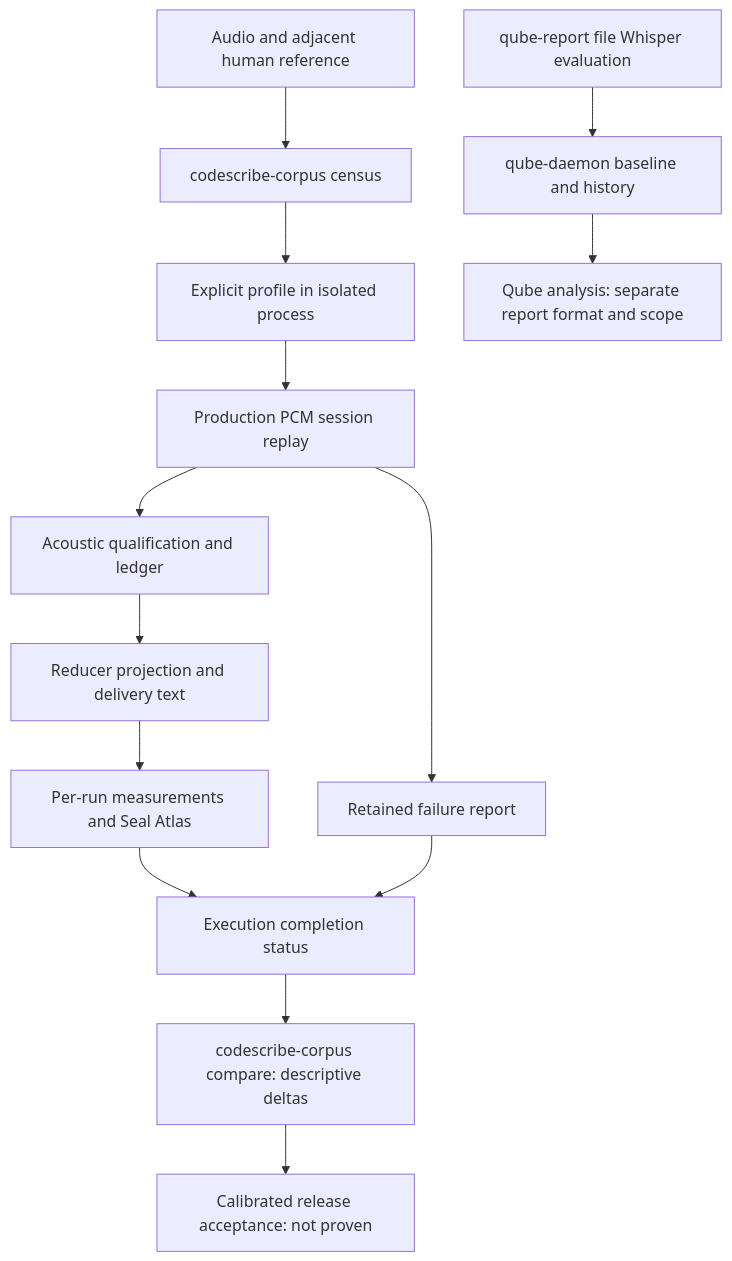
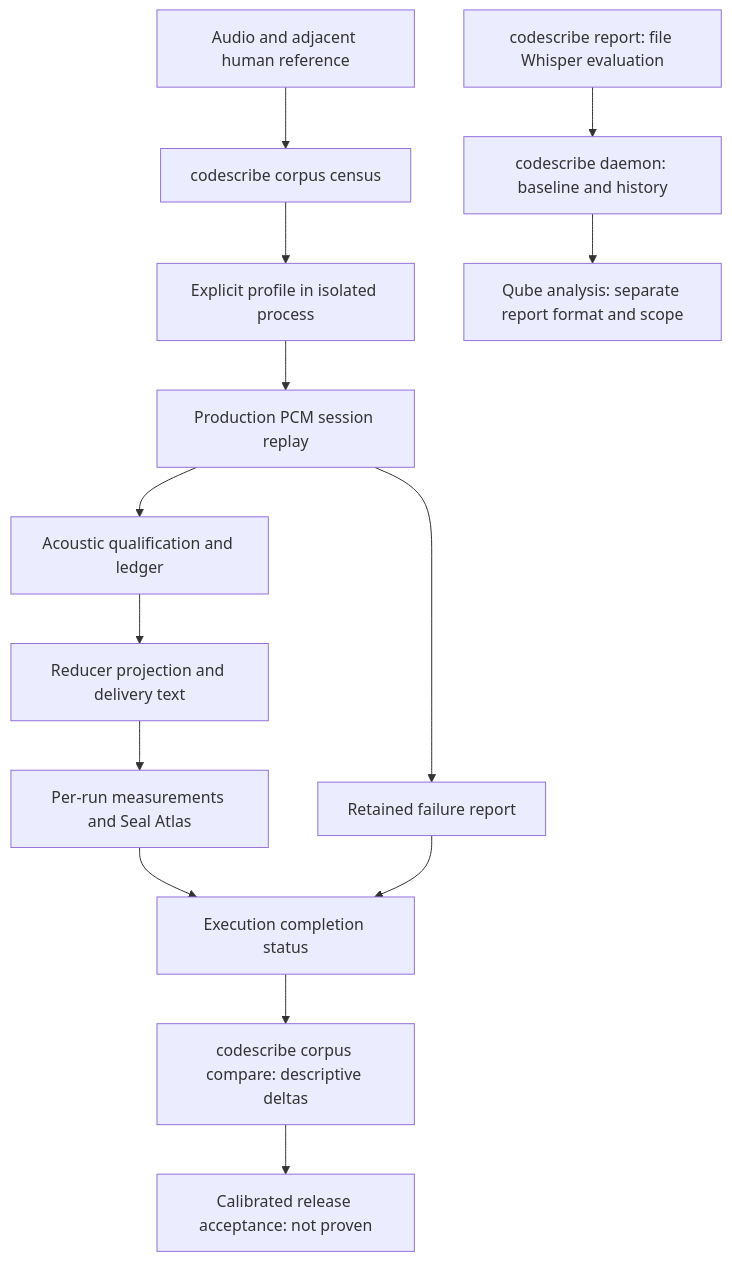
The diagram in docs/quality-reports/REPEATABLE_ACCEPTANCE.md (vetcoders/codescribe), drawn with Mermaid before and after one commit. The commit also changed other lines of this file and 25 other files, not shown here.

````diff
--- a/docs/quality-reports/REPEATABLE_ACCEPTANCE.md
+++ b/docs/quality-reports/REPEATABLE_ACCEPTANCE.md
@@ -12,16 +12,16 @@
 ```mermaid
 flowchart TD
-    A[Audio and adjacent human reference] --> B[codescribe-corpus census]
+    A[Audio and adjacent human reference] --> B[codescribe corpus census]
     B --> C[Explicit profile in isolated process]
     C --> D[Production PCM session replay]
     D --> E[Acoustic qualification and ledger]
     E --> F[Reducer projection and delivery text]
     F --> G[Per-run measurements and Seal Atlas]
     D --> X[Retained failure report]
     G --> H[Execution completion status]
     X --> H
-    H --> I[codescribe-corpus compare: descriptive deltas]
+    H --> I[codescribe corpus compare: descriptive deltas]
     I --> R[Calibrated release acceptance: not proven]
-    J[qube-report file Whisper evaluation] --> K[qube-daemon baseline and history]
+    J[codescribe report: file Whisper evaluation] --> K[codescribe daemon: baseline and history]
     K --> Q[Qube analysis: separate report format and scope]
 ```
````
